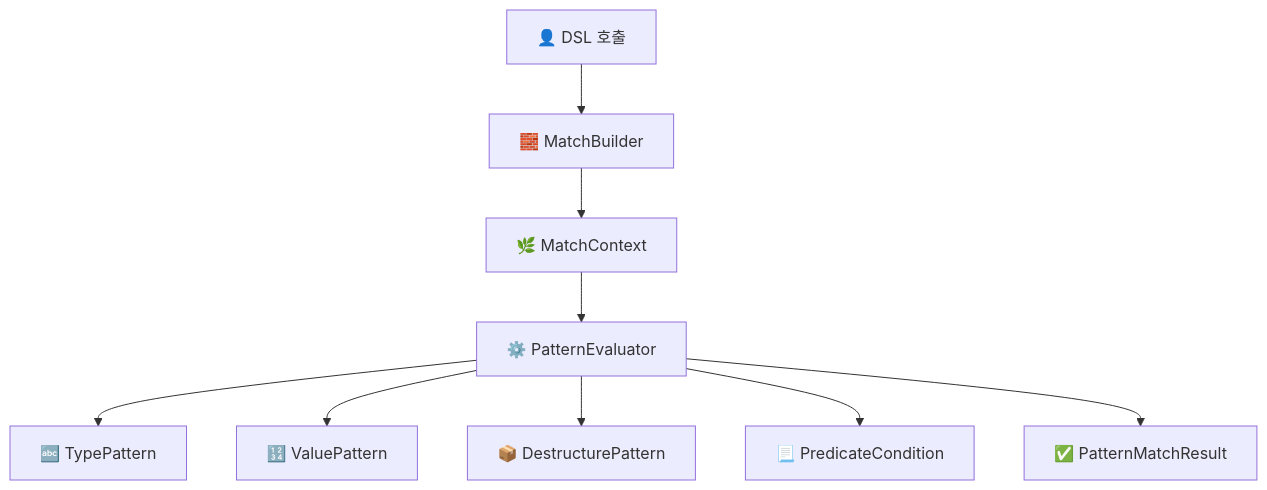
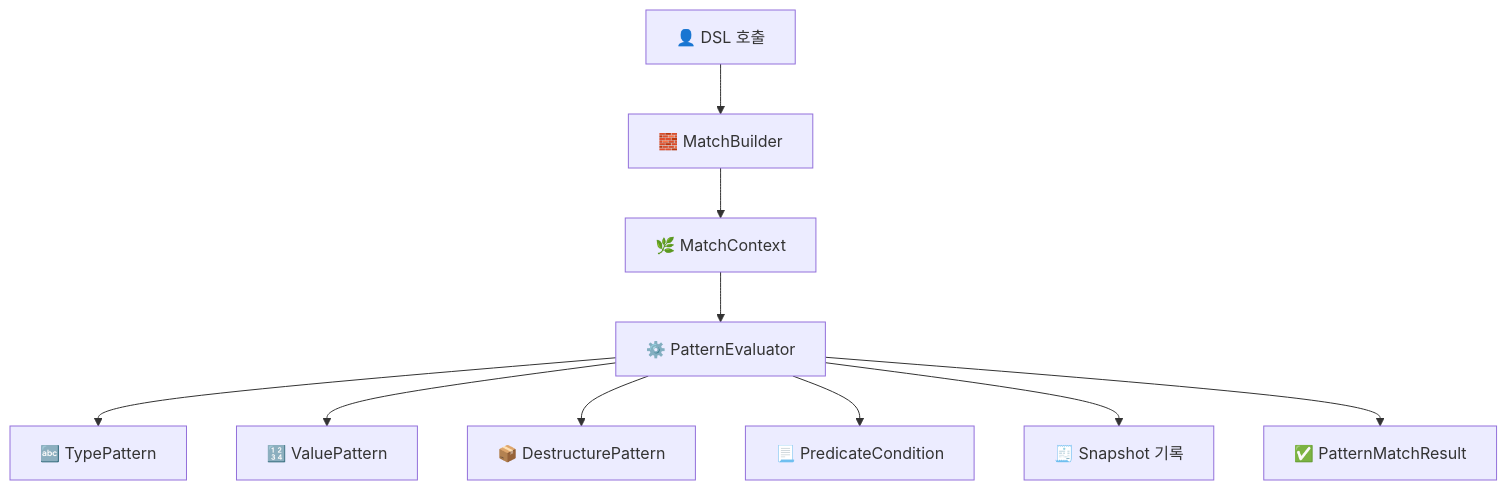
One commit to Acacian/kt-pattern changed the diagram in README.md. Above: the diagram before and after it, drawn with Mermaid. The commit also changed other lines of this file, not shown here.

````diff
--- a/README.md
+++ b/README.md
@@ -118,19 +127,22 @@
 ```mermaid
 graph TD
     User["👤 DSL 호출"]
     MB["🧱 MatchBuilder"]
     CTX["🌿 MatchContext"]
     EVAL["⚙️ PatternEvaluator"]
     TP["🔤 TypePattern"]
     VP["🔢 ValuePattern"]
     DP["📦 DestructurePattern"]
     PC["📃 PredicateCondition"]
+    SS["🧾 Snapshot 기록"]
     MR["✅ PatternMatchResult"]
 
     User --> MB --> CTX --> EVAL
     EVAL --> TP
     EVAL --> VP
     EVAL --> DP
     EVAL --> PC
+    EVAL --> SS
     EVAL --> MR
+
 ```
````
